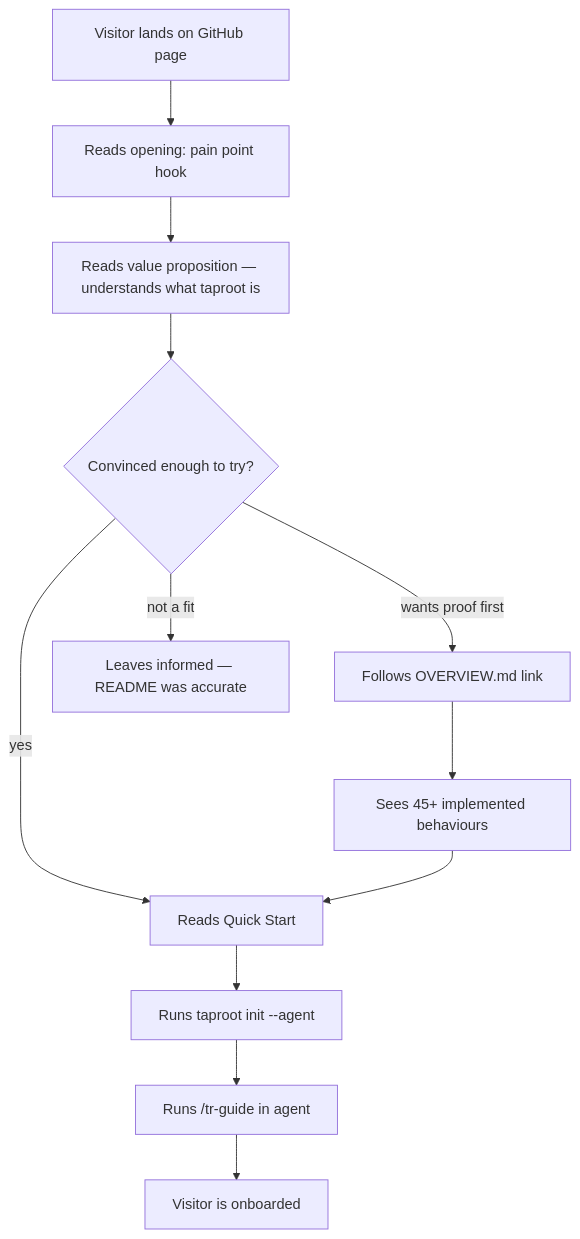
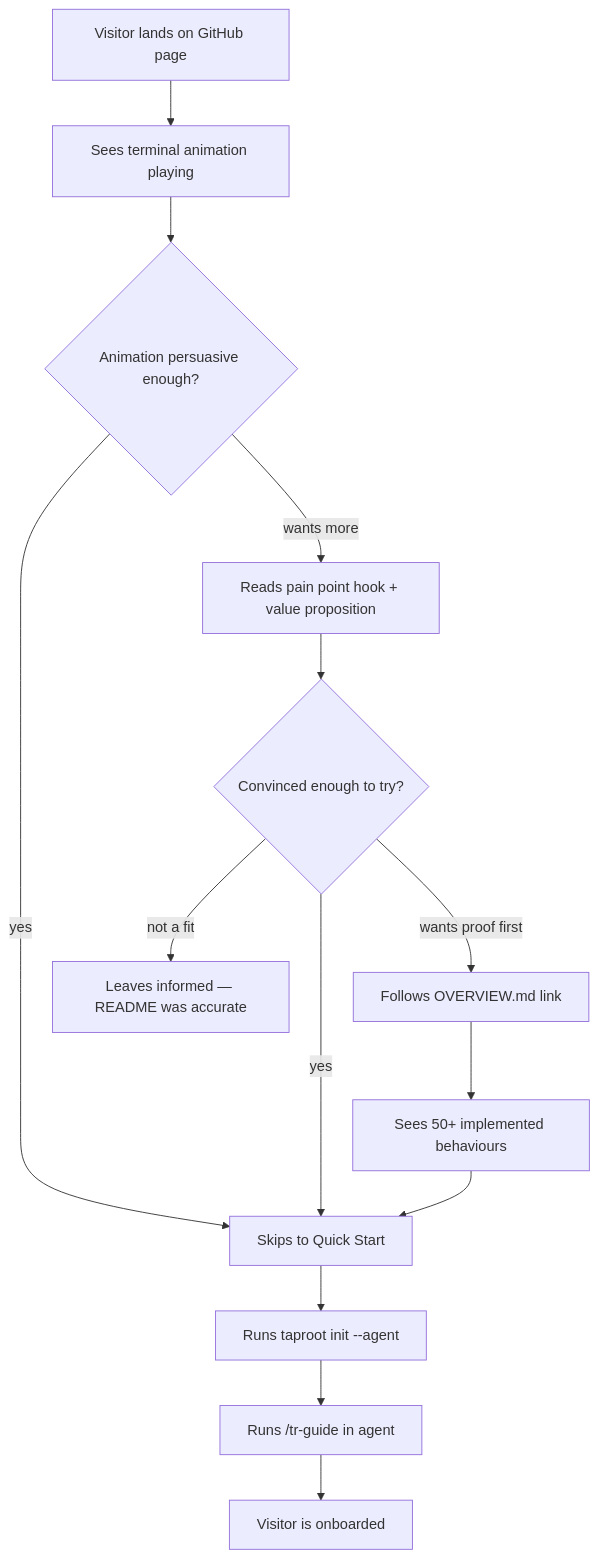
Before and after one commit to imix/taproot: the diagram in taproot/project-presentation/welcoming-readme/usecase.md, drawn with Mermaid. The commit also changed other lines of this file and 1 other file, not shown here.

Commit message:
taproot(project-presentation/welcoming-readme): add animation and marketing-tone ACs

````diff
--- a/taproot/project-presentation/welcoming-readme/usecase.md
+++ b/taproot/project-presentation/welcoming-readme/usecase.md
@@ -50,14 +61,16 @@
 ```mermaid
 flowchart TD
-    A[Visitor lands on GitHub page] --> B[Reads opening: pain point hook]
-    B --> C[Reads value proposition — understands what taproot is]
-    C --> D{Convinced enough to try?}
-    D -- yes --> E[Reads Quick Start]
-    D -- wants proof first --> F[Follows OVERVIEW.md link]
-    F --> G[Sees 45+ implemented behaviours]
-    G --> E
-    D -- not a fit --> H[Leaves informed — README was accurate]
-    E --> I[Runs taproot init --agent]
-    I --> J[Runs /tr-guide in agent]
-    J --> K[Visitor is onboarded]
+    A[Visitor lands on GitHub page] --> B[Sees terminal animation playing]
+    B --> C{Animation persuasive enough?}
+    C -- yes --> E[Skips to Quick Start]
+    C -- wants more --> D[Reads pain point hook + value proposition]
+    D --> F{Convinced enough to try?}
+    F -- yes --> E
+    F -- wants proof first --> G[Follows OVERVIEW.md link]
+    G --> H[Sees 50+ implemented behaviours]
+    H --> E
+    F -- not a fit --> I[Leaves informed — README was accurate]
+    E --> J[Runs taproot init --agent]
+    J --> K[Runs /tr-guide in agent]
+    K --> L[Visitor is onboarded]
 ```
````
